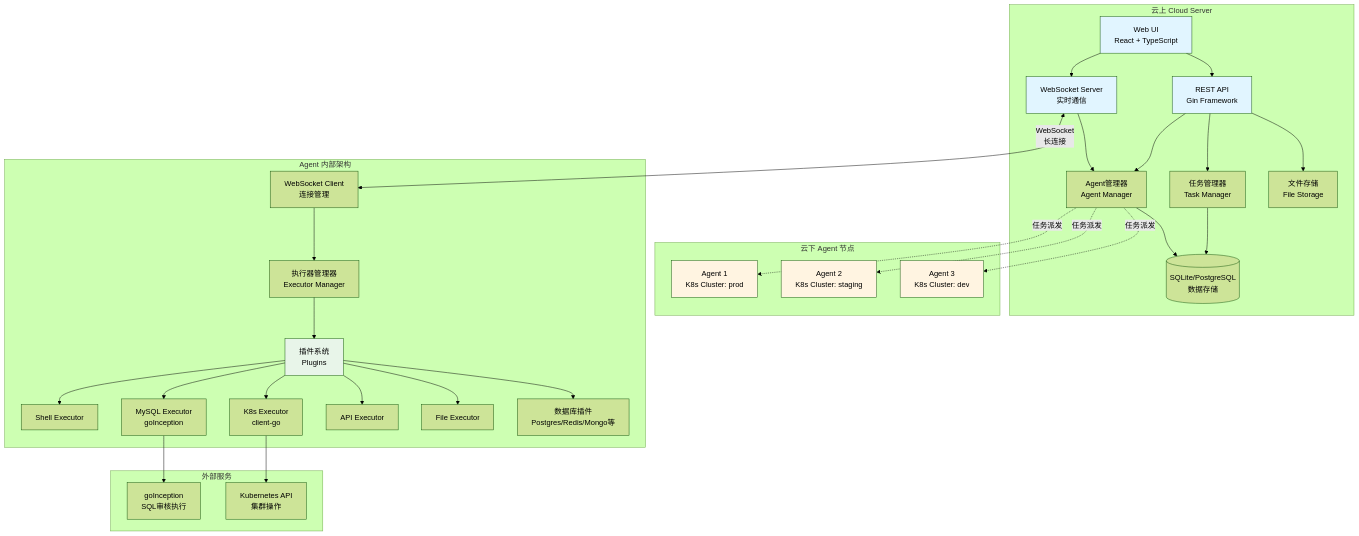
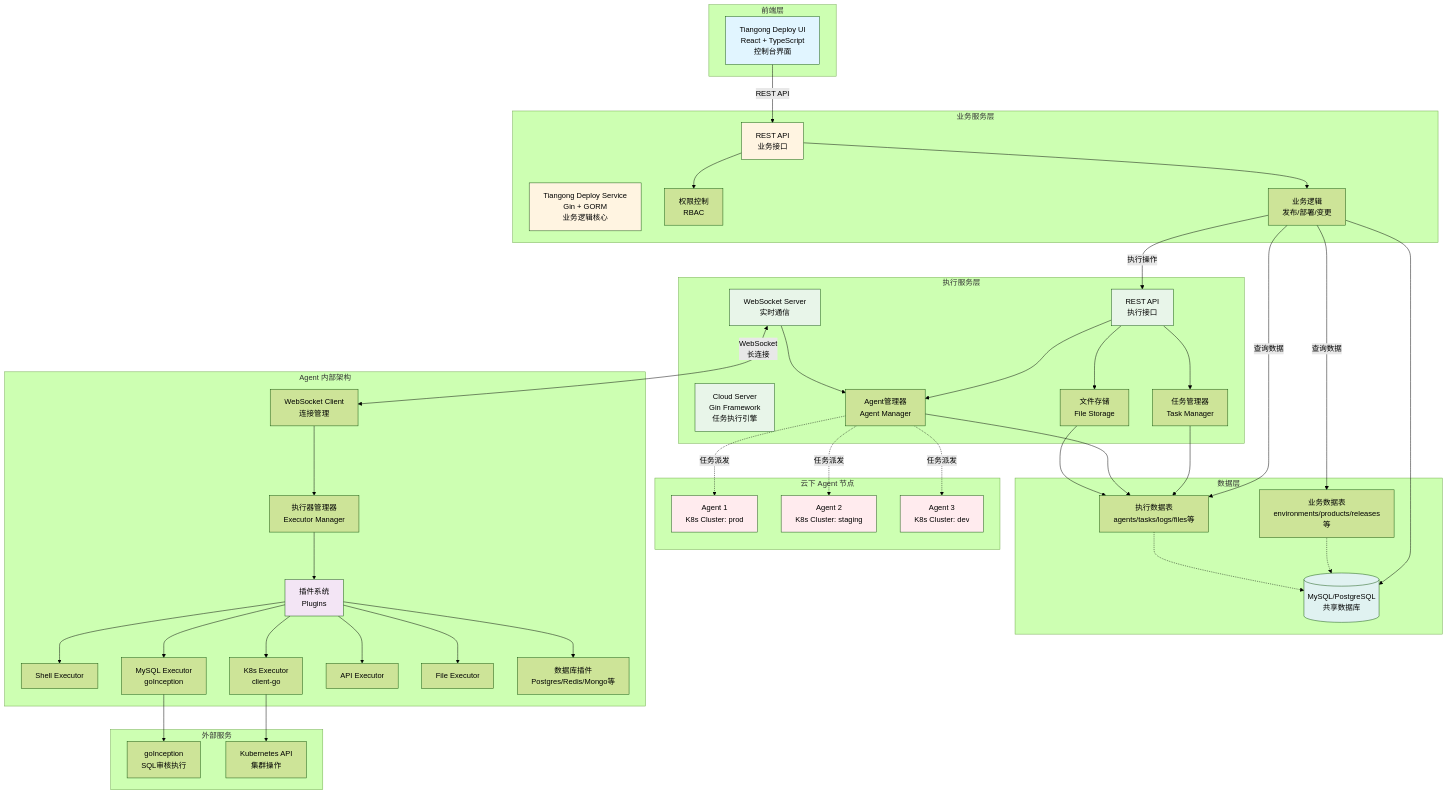
One commit to comqx/cloud-agent changed the first of 2 diagrams in README.md. Above: the diagram before and after it, drawn with Mermaid (forest theme). The commit also changed other lines of this file, not shown here.

Commit message:
Enhance README with detailed architecture and component descriptions for Tiangong Deploy, including updated service and UI sections, API documentation, and deployment instructions. Refactor diagrams and improve clarity on data flow and service interactions.

````diff
--- a/README.md
+++ b/README.md
@@ -98,13 +98,29 @@
 ```mermaid
 graph TB
-    subgraph "云上 Cloud Server"
-        UI[Web UI<br/>React + TypeScript]
-        API[REST API<br/>Gin Framework]
+    subgraph "前端层"
+        UI[Tiangong Deploy UI<br/>React + TypeScript<br/>控制台界面]
+    end
+
+    subgraph "业务服务层"
+        Service[Tiangong Deploy Service<br/>Gin + GORM<br/>业务逻辑核心]
+        ServiceAPI[REST API<br/>业务接口]
+        ServiceAuth[权限控制<br/>RBAC]
+        ServiceBiz[业务逻辑<br/>发布/部署/变更]
+    end
+
+    subgraph "执行服务层"
+        Cloud[Cloud Server<br/>Gin Framework<br/>任务执行引擎]
+        CloudAPI[REST API<br/>执行接口]
         WS[WebSocket Server<br/>实时通信]
         TaskMgr[任务管理器<br/>Task Manager]
         AgentMgr[Agent管理器<br/>Agent Manager]
         FileStorage[文件存储<br/>File Storage]
-        DB[(SQLite/PostgreSQL<br/>数据存储)]
+    end
+
+    subgraph "数据层"
+        DB[(MySQL/PostgreSQL<br/>共享数据库)]
+        DB_Service[业务数据表<br/>environments/products/releases等]
+        DB_Cloud[执行数据表<br/>agents/tasks/logs/files等]
     end
 
     subgraph "云下 Agent 节点"
@@ -130,13 +146,20 @@
         K8sAPI[Kubernetes API<br/>集群操作]
     end
 
-    UI --> API
-    UI --> WS
-    API --> TaskMgr
-    API --> AgentMgr
-    API --> FileStorage
-    TaskMgr --> DB
-    AgentMgr --> DB
+    UI -->|REST API| ServiceAPI
+    ServiceAPI --> ServiceAuth
+    ServiceAPI --> ServiceBiz
+    ServiceBiz -->|查询数据| DB_Service
+    ServiceBiz -->|查询数据| DB_Cloud
+    ServiceBiz -->|执行操作| CloudAPI
+    ServiceBiz --> DB
+
+    CloudAPI --> TaskMgr
+    CloudAPI --> AgentMgr
+    CloudAPI --> FileStorage
+    TaskMgr --> DB_Cloud
+    AgentMgr --> DB_Cloud
+    FileStorage --> DB_Cloud
     WS --> AgentMgr
 
     WS <-->|WebSocket<br/>长连接| Client
@@ -156,11 +179,18 @@
     AgentMgr -.->|任务派发| Agent2
     AgentMgr -.->|任务派发| Agent3
 
+    DB_Service -.-> DB
+    DB_Cloud -.-> DB
+
     style UI fill:#e1f5ff
-    style API fill:#e1f5ff
-    style WS fill:#e1f5ff
-    style Agent1 fill:#fff4e1
-    style Agent2 fill:#fff4e1
-    style Agent3 fill:#fff4e1
-    style Plugins fill:#e8f5e9
+    style Service fill:#fff4e1
+    style ServiceAPI fill:#fff4e1
+    style Cloud fill:#e8f5e9
+    style CloudAPI fill:#e8f5e9
+    style WS fill:#e8f5e9
+    style Agent1 fill:#ffebee
+    style Agent2 fill:#ffebee
+    style Agent3 fill:#ffebee
+    style Plugins fill:#f3e5f5
+    style DB fill:#e0f2f1
 ```
````
